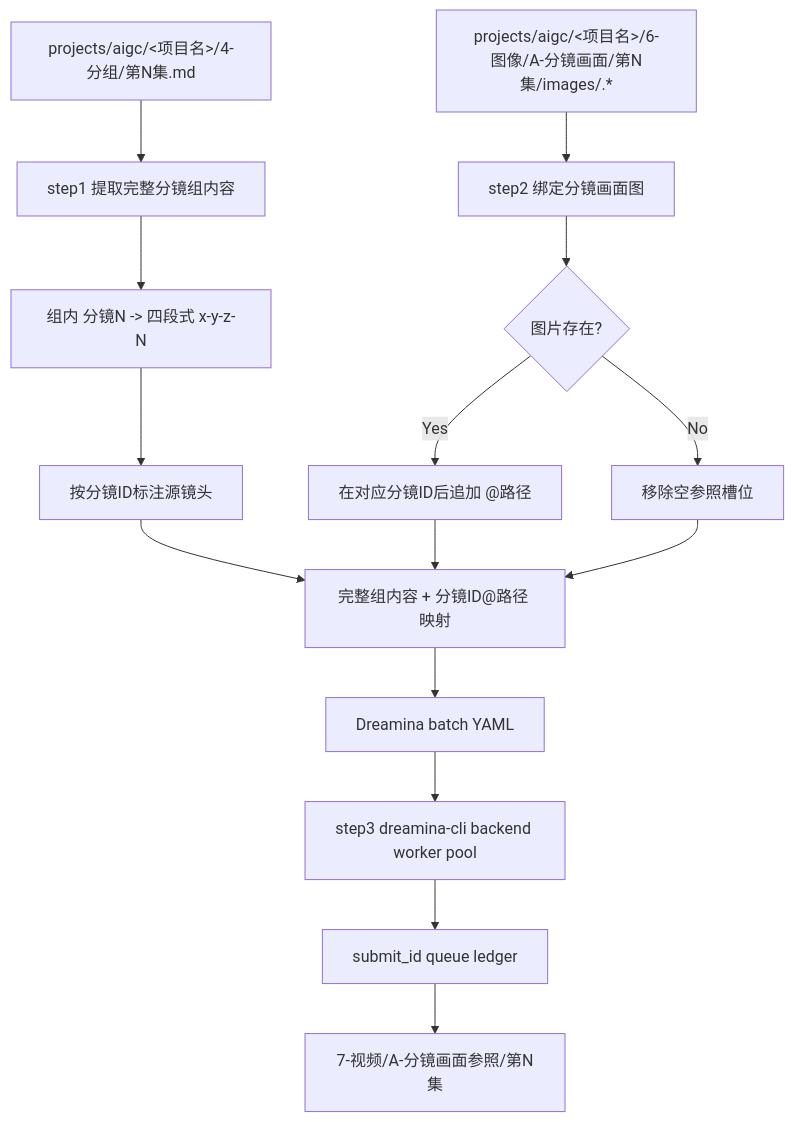
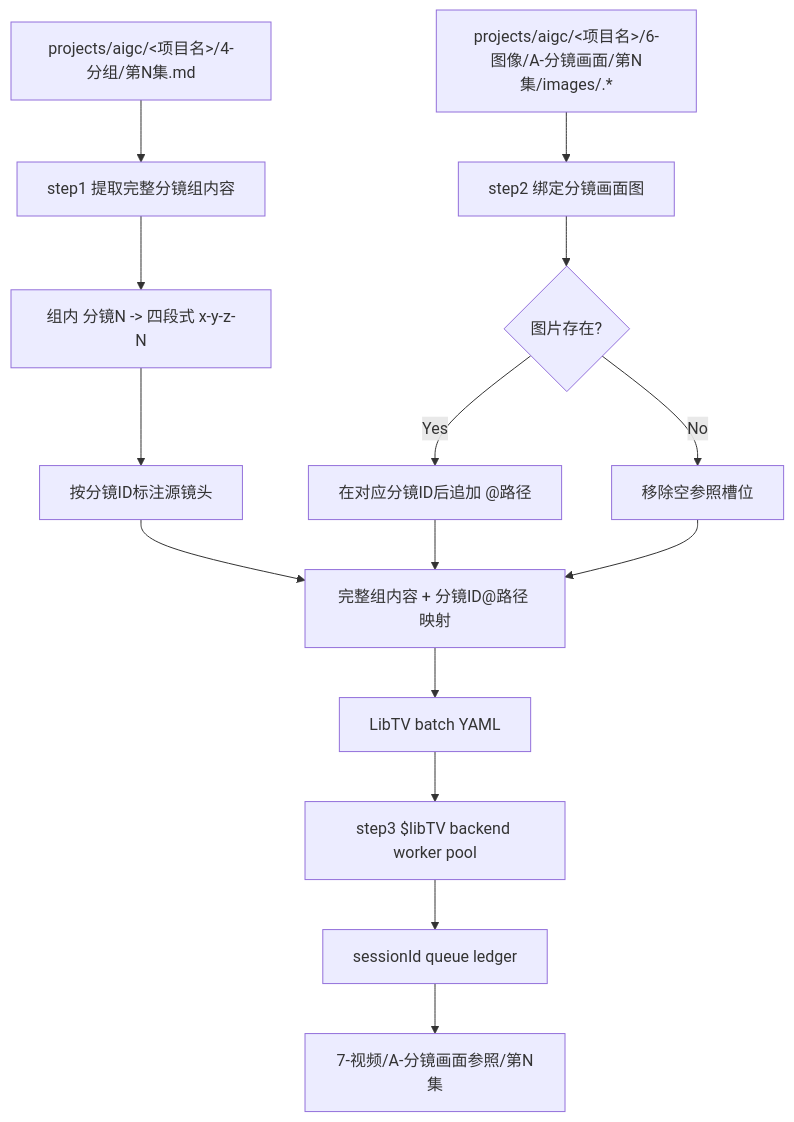
One commit to ZEN-VOID/AI-CUT changed the first of 3 diagrams in .agents/skills/aigc/7-视频/A-分镜画面参照/SKILL.md. Above: the diagram before and after it, drawn with Mermaid. The commit also changed other lines of this file and 173 other files, not shown here.

````diff
--- a/.agents/skills/aigc/7-视频/A-分镜画面参照/SKILL.md
+++ b/.agents/skills/aigc/7-视频/A-分镜画面参照/SKILL.md
@@ -97,17 +109,17 @@
 ```mermaid
 flowchart TD
     A["projects/aigc/<项目名>/4-分组/第N集.md"] --> B["step1 提取完整分镜组内容"]
     B --> C["组内 分镜N -> 四段式 x-y-z-N"]
     C --> D["按分镜ID标注源镜头"]
     E["projects/aigc/<项目名>/6-图像/A-分镜画面/第N集/images/<shot_id>.*"] --> F["step2 绑定分镜画面图"]
     F --> G{"图片存在?"}
     G -->|"Yes"| H["在对应分镜ID后追加 @路径"]
     G -->|"No"| I["移除空参照槽位"]
     D --> J["完整组内容 + 分镜ID@路径 映射"]
     H --> J
     I --> J
-    J --> K["Dreamina batch YAML"]
-    K --> L["step3 dreamina-cli backend worker pool"]
-    L --> M["submit_id queue ledger"]
+    J --> K["LibTV batch YAML"]
+    K --> L["step3 $libTV backend worker pool"]
+    L --> M["sessionId queue ledger"]
     M --> N["7-视频/A-分镜画面参照/第N集"]
 ```
````
